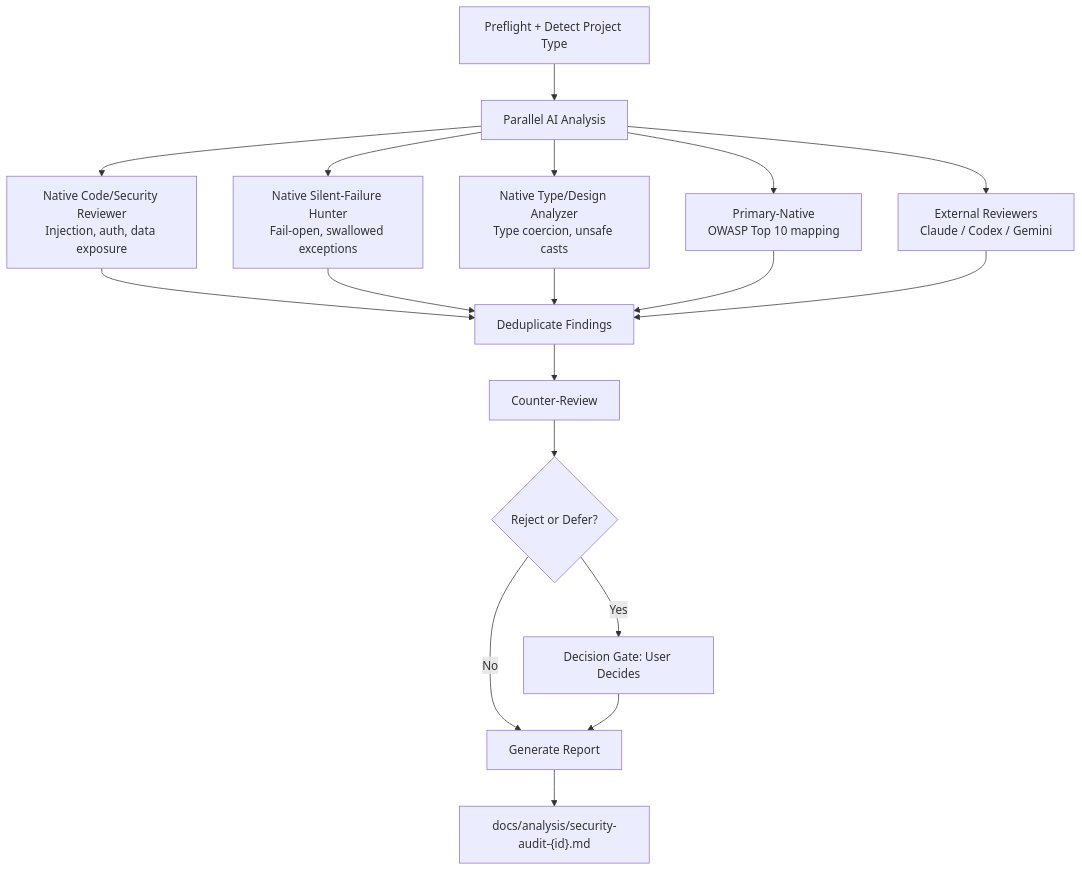
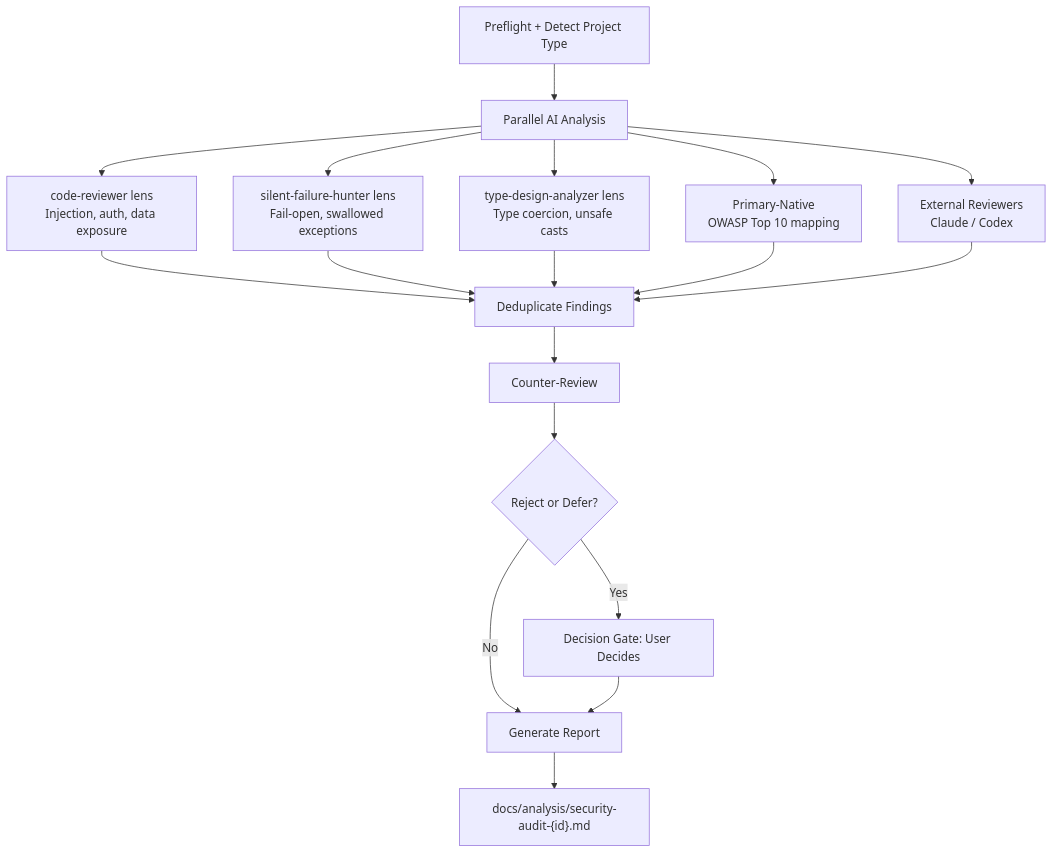
Before and after one commit to anbuneel/agentic-engineering: the sixth of 8 diagrams in docs/SKILLS_GUIDE.md, drawn with Mermaid. The commit also changed other lines of this file and 36 other files, not shown here.

````diff
--- a/docs/SKILLS_GUIDE.md
+++ b/docs/SKILLS_GUIDE.md
@@ -210,19 +197,19 @@
 ```mermaid
 graph TD
     A[Preflight + Detect Project Type] --> B[Parallel AI Analysis]
 
-    B --> C[Native Code/Security Reviewer\nInjection, auth, data exposure]
-    B --> D[Native Silent-Failure Hunter\nFail-open, swallowed exceptions]
-    B --> E[Native Type/Design Analyzer\nType coercion, unsafe casts]
+    B --> C[code-reviewer lens\nInjection, auth, data exposure]
+    B --> D[silent-failure-hunter lens\nFail-open, swallowed exceptions]
+    B --> E[type-design-analyzer lens\nType coercion, unsafe casts]
     B --> F[Primary-Native\nOWASP Top 10 mapping]
-    B --> G["External Reviewers\nClaude / Codex / Gemini"]
+    B --> G["External Reviewers\nClaude / Codex"]
 
     C & D & E & F & G --> H[Deduplicate Findings]
     H --> I[Counter-Review]
     I --> J{Reject or Defer?}
     J -- Yes --> K[Decision Gate: User Decides]
     J -- No --> L[Generate Report]
     K --> L
 
     L --> M["docs/analysis/security-audit-{id}.md"]
 ```
````
